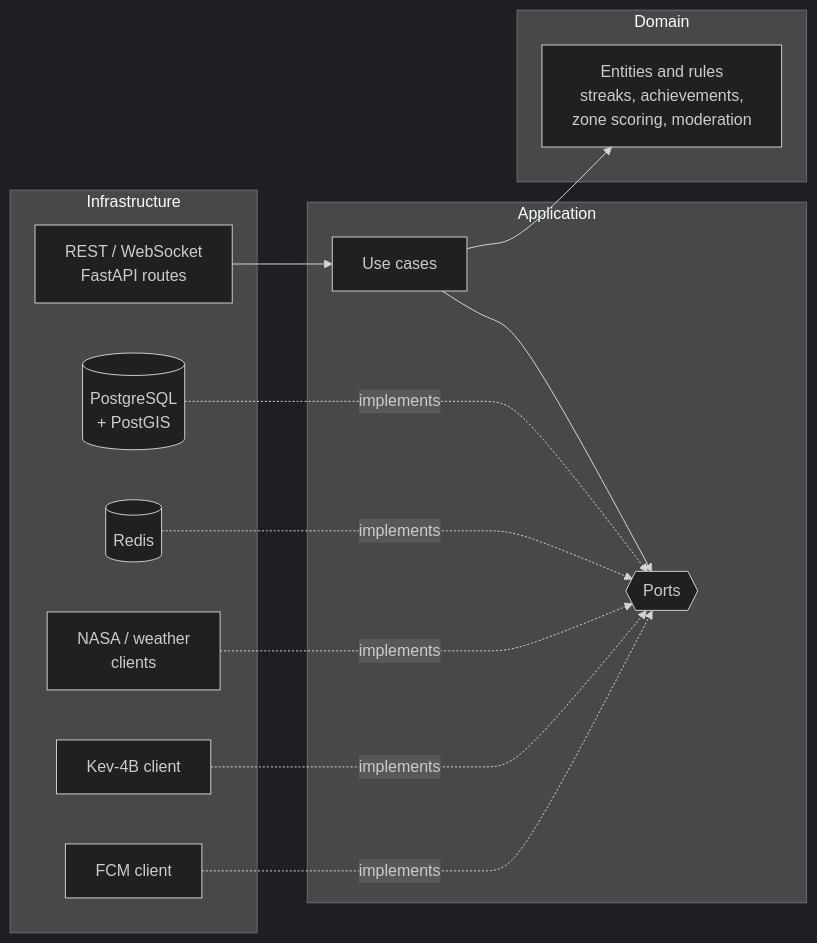
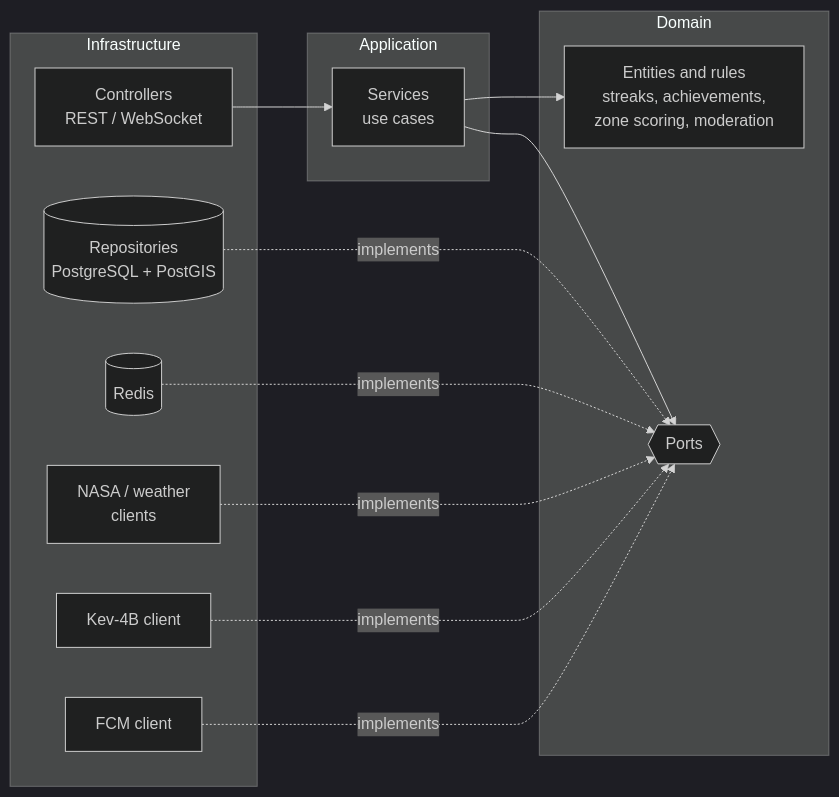
Before and after one commit to pes2627q1-21-gei-upc/perseida: the diagram in obsidian_vault/arquitectura/backend-hexagonal.md, drawn with Mermaid (dark theme). The commit also changed other lines of this file and 2 other files, not shown here.

Commit message:
TG-39 Fix vault inconsistencies from review

````diff
--- a/obsidian_vault/arquitectura/backend-hexagonal.md
+++ b/obsidian_vault/arquitectura/backend-hexagonal.md
@@ -20,25 +20,25 @@
 ```mermaid
 flowchart LR
     subgraph Infrastructure
-        API[REST / WebSocket<br/>FastAPI routes]
-        DB[(PostgreSQL<br/>+ PostGIS)]
+        API[Controllers<br/>REST / WebSocket]
+        DB[(Repositories<br/>PostgreSQL + PostGIS)]
         RC[(Redis)]
         EXT[NASA / weather<br/>clients]
         MOD[Kev-4B client]
         FCM[FCM client]
     end
     subgraph Application
-        UC[Use cases]
-        PORTS{{Ports}}
+        SVC[Services<br/>use cases]
     end
     subgraph Domain
         DOM[Entities and rules<br/>streaks, achievements,<br/>zone scoring, moderation]
+        PORTS{{Ports}}
     end
-    API --> UC --> DOM
-    UC --> PORTS
+    API --> SVC --> DOM
+    SVC --> PORTS
     DB -.implements.-> PORTS
     RC -.implements.-> PORTS
     EXT -.implements.-> PORTS
     MOD -.implements.-> PORTS
     FCM -.implements.-> PORTS
 ```
````
